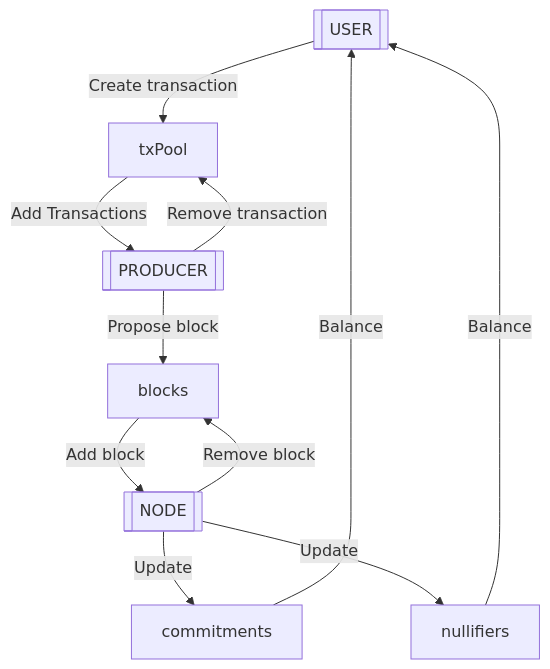
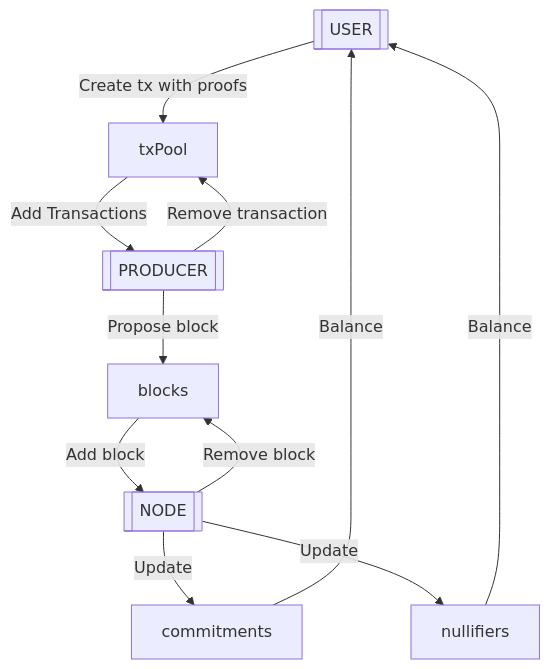
One commit to oxarbitrage/mini-zcash changed the diagram in README.md. Above: the diagram before and after it, drawn with Mermaid. The commit also changed other lines of this file and 1 other file, not shown here.

````diff
--- a/README.md
+++ b/README.md
@@ -25,16 +25,16 @@
 ```mermaid
 flowchart TD
-USER[[USER]] --> |Create transaction|txPool
+USER[[USER]] --> |Create tx with proofs|txPool
 PRODUCER[[PRODUCER]] --> |Propose block|blocks
 NODE[[NODE]] --> |Update|commitments
 NODE[[NODE]] --> |Update|nullifiers
 
 txPool --> |Add Transactions|PRODUCER
 blocks --> |Add block|NODE
 
 PRODUCER --> |Remove transaction|txPool
 NODE --> |Remove block|blocks
 
 nullifiers --> |Balance|USER
 commitments --> |Balance|USER
 ```
````
